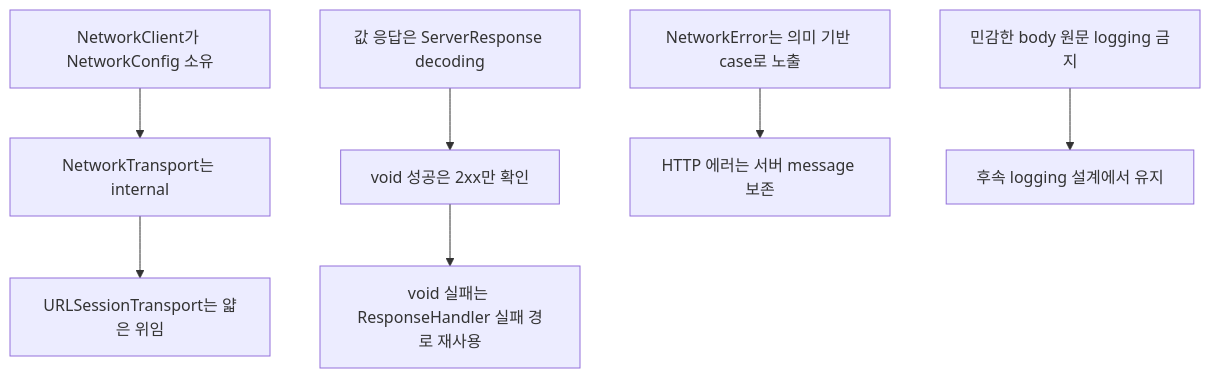
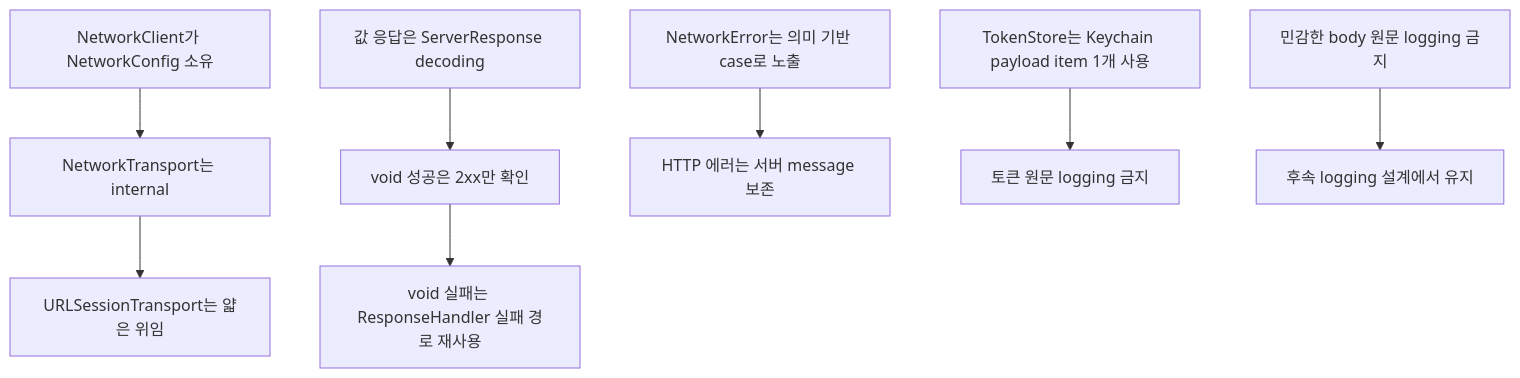
The eighth of 8 diagrams in Projects/LivithNetworking/README.md (mediunn/Livith-iOS), drawn with Mermaid before and after one commit. The commit also changed other lines of this file and 11 other files, not shown here.

````diff
--- a/Projects/LivithNetworking/README.md
+++ b/Projects/LivithNetworking/README.md
@@ -267,17 +314,20 @@
 ```mermaid
 flowchart TD
     A[NetworkClient가 NetworkConfig 소유]
     B[NetworkTransport는 internal]
     C[URLSessionTransport는 얇은 위임]
     D["값 응답은 ServerResponse<T> decoding"]
     E[void 성공은 2xx만 확인]
     F["void 실패는 ResponseHandler<EmptyResponse> 실패 경로 재사용"]
     G[민감한 body 원문 logging 금지]
     H[NetworkError는 의미 기반 case로 노출]
     I[HTTP 에러는 서버 message 보존]
+    J[TokenStore는 Keychain payload item 1개 사용]
+    K[토큰 원문 logging 금지]
 
     A --> B --> C
     D --> E --> F
     G --> Next[후속 logging 설계에서 유지]
     H --> I
+    J --> K
 ```
````
